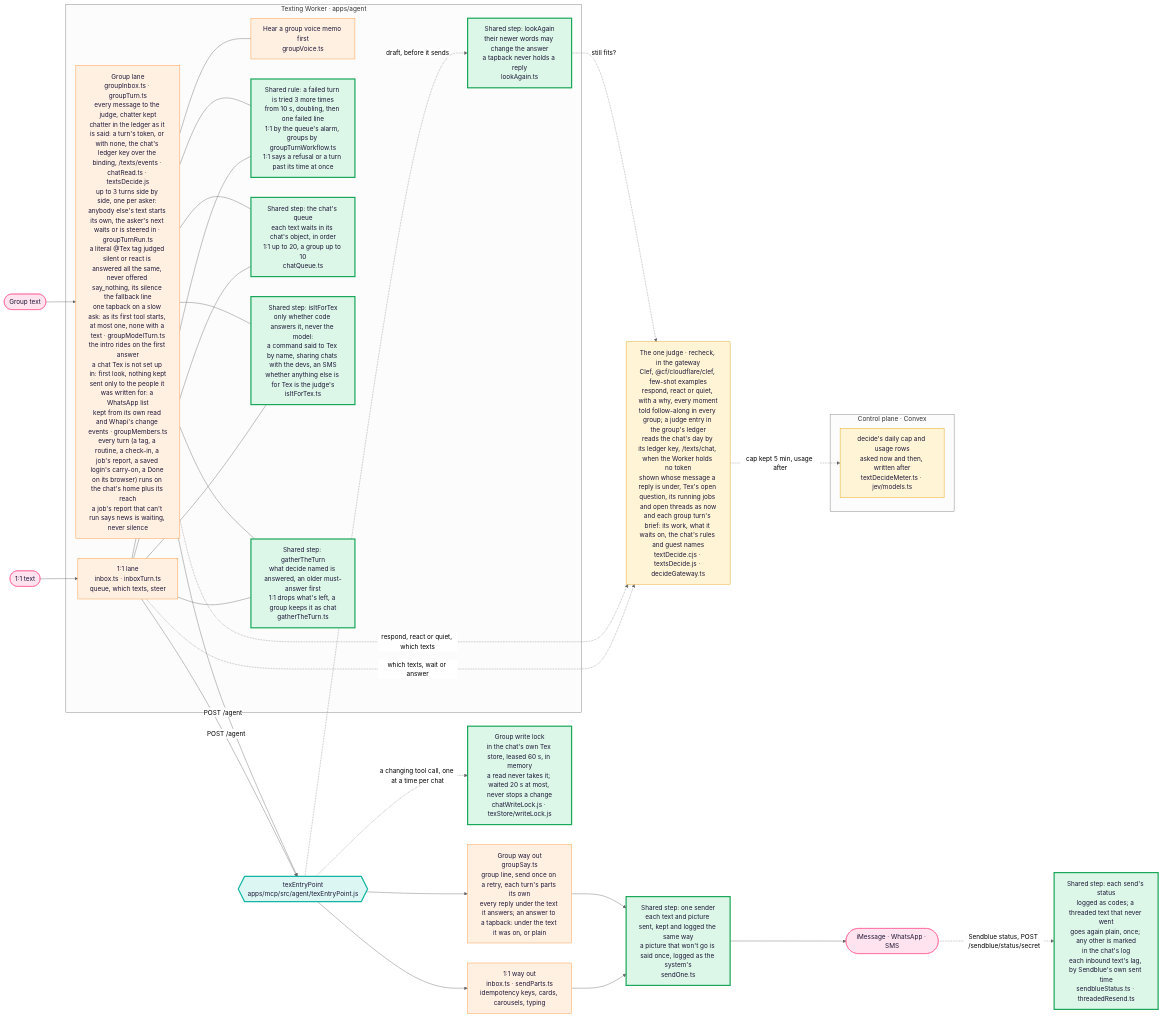
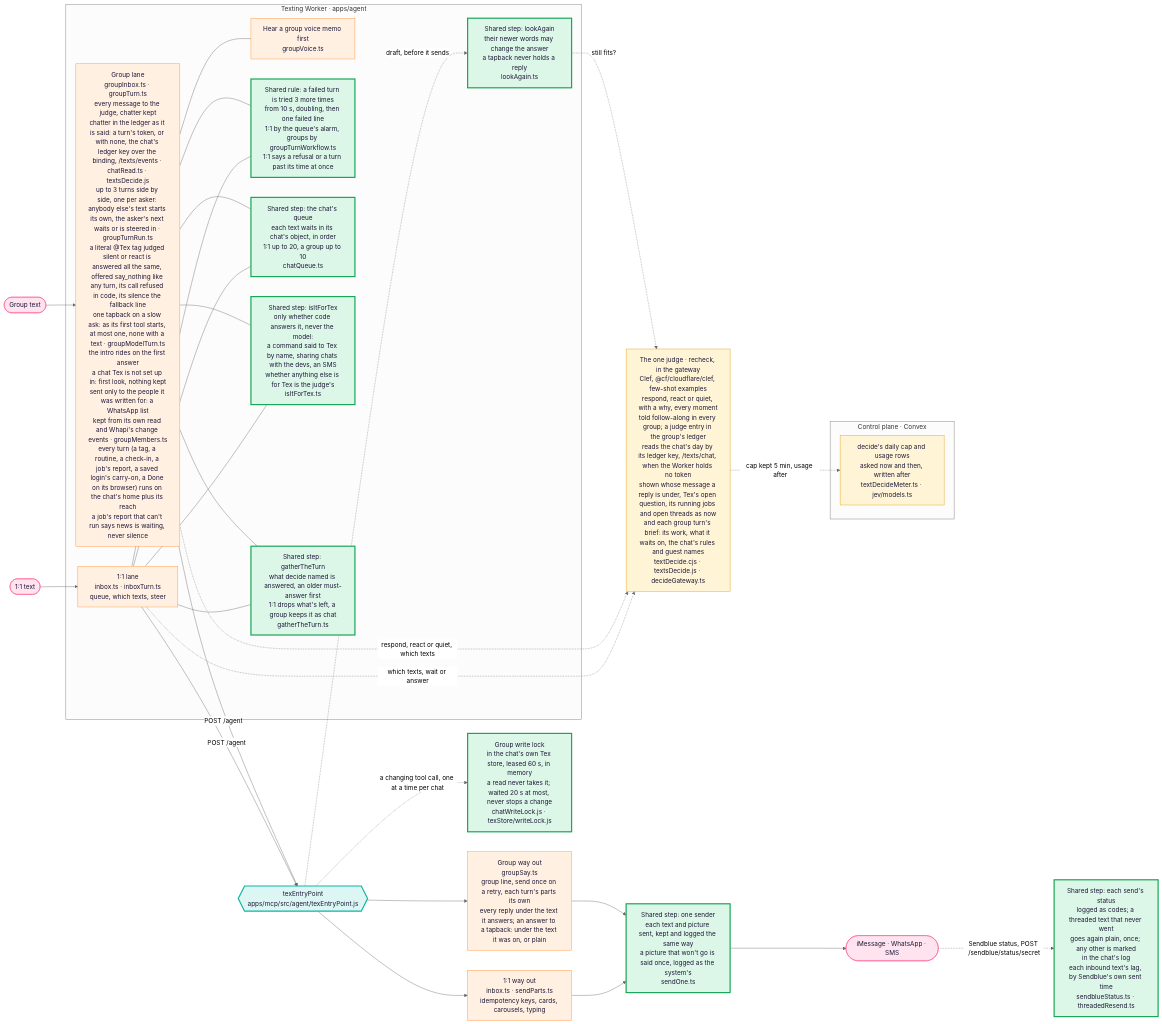
One commit to Supa-Media/context changed the first of 4 diagrams in docs/architecture/tex.md. Above: the diagram before and after it, drawn with Mermaid (neutral theme). The commit also changed other lines of this file and 8 other files, not shown here.

First line of the commit message:
Tex: a literal @Tex tag is offered say_nothing like any turn, refused in code, so its prompt reads from the cache

````diff
--- a/docs/architecture/tex.md
+++ b/docs/architecture/tex.md
@@ -22,48 +22,48 @@
 ```mermaid
 flowchart LR
   P1([1:1 text]):::you --> W1
   P2([Group text]):::you --> W2
   subgraph Worker["Texting Worker · apps/agent"]
     W1["1:1 lane<br/>inbox.ts · inboxTurn.ts<br/>queue, which texts, steer"]:::pipe
-    W2["Group lane<br/>groupInbox.ts · groupTurn.ts<br/>every message to the judge, chatter kept<br/>chatter in the ledger as it is said: a turn's token, or with none, the chat's ledger key over the binding, /texts/events · chatRead.ts · textsDecide.js<br/>up to 3 turns side by side, one per asker: anybody else's text starts its own, the asker's next waits or is steered in · groupTurnRun.ts<br/>a literal @Tex tag judged silent or react is answered all the same, never offered say_nothing, its silence the fallback line<br/>one tapback on a slow ask: as its first tool starts, at most one, none with a text · groupModelTurn.ts<br/>the intro rides on the first answer<br/>a chat Tex is not set up in: first look, nothing kept<br/>sent only to the people it was written for: a WhatsApp list<br/>kept from its own read and Whapi's change events · groupMembers.ts<br/>every turn (a tag, a routine, a check-in, a job's report, a saved login's carry-on, a Done on its browser) runs on the chat's home plus its reach<br/>a job's report that can't run says news is waiting, never silence"]:::pipe
+    W2["Group lane<br/>groupInbox.ts · groupTurn.ts<br/>every message to the judge, chatter kept<br/>chatter in the ledger as it is said: a turn's token, or with none, the chat's ledger key over the binding, /texts/events · chatRead.ts · textsDecide.js<br/>up to 3 turns side by side, one per asker: anybody else's text starts its own, the asker's next waits or is steered in · groupTurnRun.ts<br/>a literal @Tex tag judged silent or react is answered all the same, offered say_nothing like any turn, its call refused in code, its silence the fallback line<br/>one tapback on a slow ask: as its first tool starts, at most one, none with a text · groupModelTurn.ts<br/>the intro rides on the first answer<br/>a chat Tex is not set up in: first look, nothing kept<br/>sent only to the people it was written for: a WhatsApp list<br/>kept from its own read and Whapi's change events · groupMembers.ts<br/>every turn (a tag, a routine, a check-in, a job's report, a saved login's carry-on, a Done on its browser) runs on the chat's home plus its reach<br/>a job's report that can't run says news is waiting, never silence"]:::pipe
     H["Hear a group voice memo first<br/>groupVoice.ts"]:::pipe
     W2 --- H
     LA["Shared step: lookAgain<br/>their newer words may change the answer<br/>a tapback never holds a reply<br/>lookAgain.ts"]:::shared
     RT["Shared rule: a failed turn is tried 3 more times<br/>from 10 s, doubling, then one failed line<br/>1:1 by the queue's alarm, groups by groupTurnWorkflow.ts<br/>1:1 says a refusal or a turn past its time at once"]:::shared
     W1 --- RT
     W2 --- RT
     Q["Shared step: the chat's queue<br/>each text waits in its chat's object, in order<br/>1:1 up to 20, a group up to 10<br/>chatQueue.ts"]:::shared
     W1 --- Q
     W2 --- Q
     FT["Shared step: isItForTex<br/>only whether code answers it, never the model:<br/>a command said to Tex by name, sharing chats with the devs, an SMS<br/>whether anything else is for Tex is the judge's<br/>isItForTex.ts"]:::shared
     W1 --- FT
     W2 --- FT
     GT["Shared step: gatherTheTurn<br/>what decide named is answered, an older must-answer first<br/>1:1 drops what's left, a group keeps it as chat<br/>gatherTheTurn.ts"]:::shared
     W1 --- GT
     W2 --- GT
   end
   D["The one judge · recheck, in the gateway<br/>Clef, @cf/cloudflare/clef, few-shot examples<br/>respond, react or quiet, with a why, every moment<br/>told follow-along in every group; a judge entry in the group's ledger<br/>reads the chat's day by its ledger key, /texts/chat, when the Worker holds no token<br/>shown whose message a reply is under, Tex's open question, its running jobs and open threads as now<br/>and each group turn's brief: its work, what it waits on, the chat's rules and guest names<br/>textDecide.cjs · textsDecide.js · decideGateway.ts"]:::judge
   subgraph Control["Control plane · Convex"]
     CAP["decide's daily cap and usage rows<br/>asked now and then, written after<br/>textDecideMeter.ts · jev/models.ts"]:::judge
   end
   D -. cap kept 5 min, usage after .-> CAP
   W1 -. which texts, wait or answer .-> D
   W2 -. respond, react or quiet, which texts .-> D
   E -. draft, before it sends .-> LA
   LA -. still fits? .-> D
   W1 -->|POST /agent| E
   W2 -->|POST /agent| E
   E{{"texEntryPoint<br/>apps/mcp/src/agent/texEntryPoint.js"}}:::door
   E --> S1["1:1 way out<br/>inbox.ts · sendParts.ts<br/>idempotency keys, cards, carousels, typing"]:::pipe
   E --> S2["Group way out<br/>groupSay.ts<br/>group line, send once on a retry, each turn's parts its own<br/>every reply under the text it answers; an answer to a tapback: under the text it was on, or plain"]:::pipe
   E -. "a changing tool call, one at a time per chat" .-> WL["Group write lock<br/>in the chat's own Tex store, leased 60 s, in memory<br/>a read never takes it; waited 20 s at most, never stops a change<br/>chatWriteLock.js · texStore/writeLock.js"]:::shared
   S1 --> SO["Shared step: one sender<br/>each text and picture sent, kept and logged the same way<br/>a picture that won't go is said once, logged as the system's<br/>sendOne.ts"]:::shared
   S2 --> SO
   SO --> Out([iMessage · WhatsApp · SMS]):::you
   Out -. "Sendblue status, POST /sendblue/status/secret" .-> ST["Shared step: each send's status<br/>logged as codes; a threaded text that never went<br/>goes again plain, once; any other is marked<br/>in the chat's log<br/>each inbound text's lag, by Sendblue's own sent time<br/>sendblueStatus.ts · threadedResend.ts"]:::shared
   classDef you fill:#ffe3ee,stroke:#ff4f8b,color:#1d1838
   classDef pipe fill:#fff0e2,stroke:#ff8a2a,color:#1d1838
   classDef door fill:#dcf7f3,stroke:#11b5a4,stroke-width:3px,color:#1d1838
   classDef judge fill:#fff5d6,stroke:#e09a00,color:#1d1838
   classDef shared fill:#dcf6e7,stroke:#19a75a,stroke-width:3px,color:#1d1838
 ```
````
